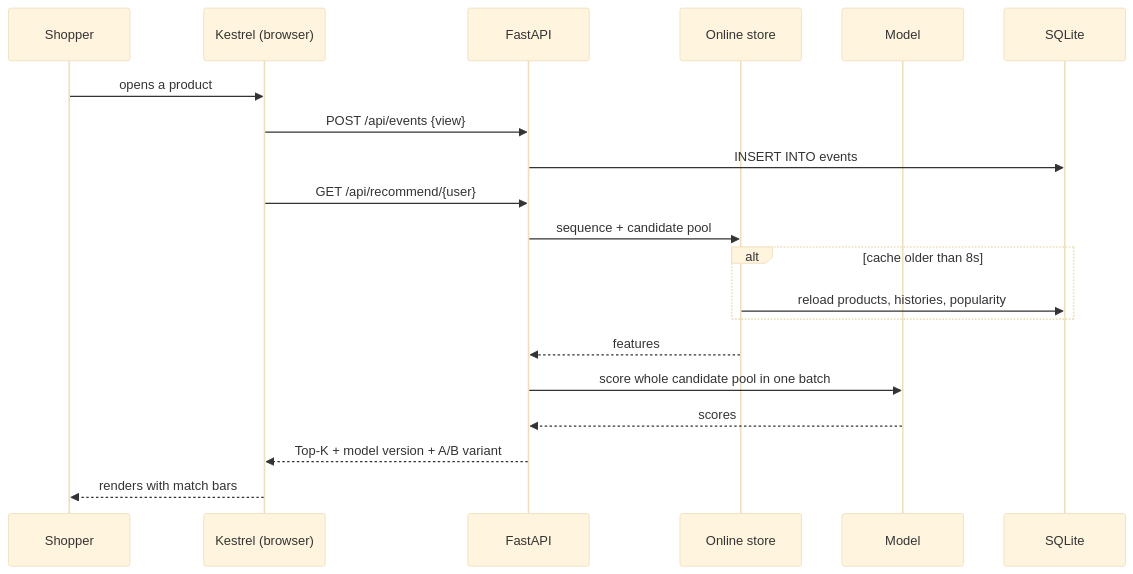
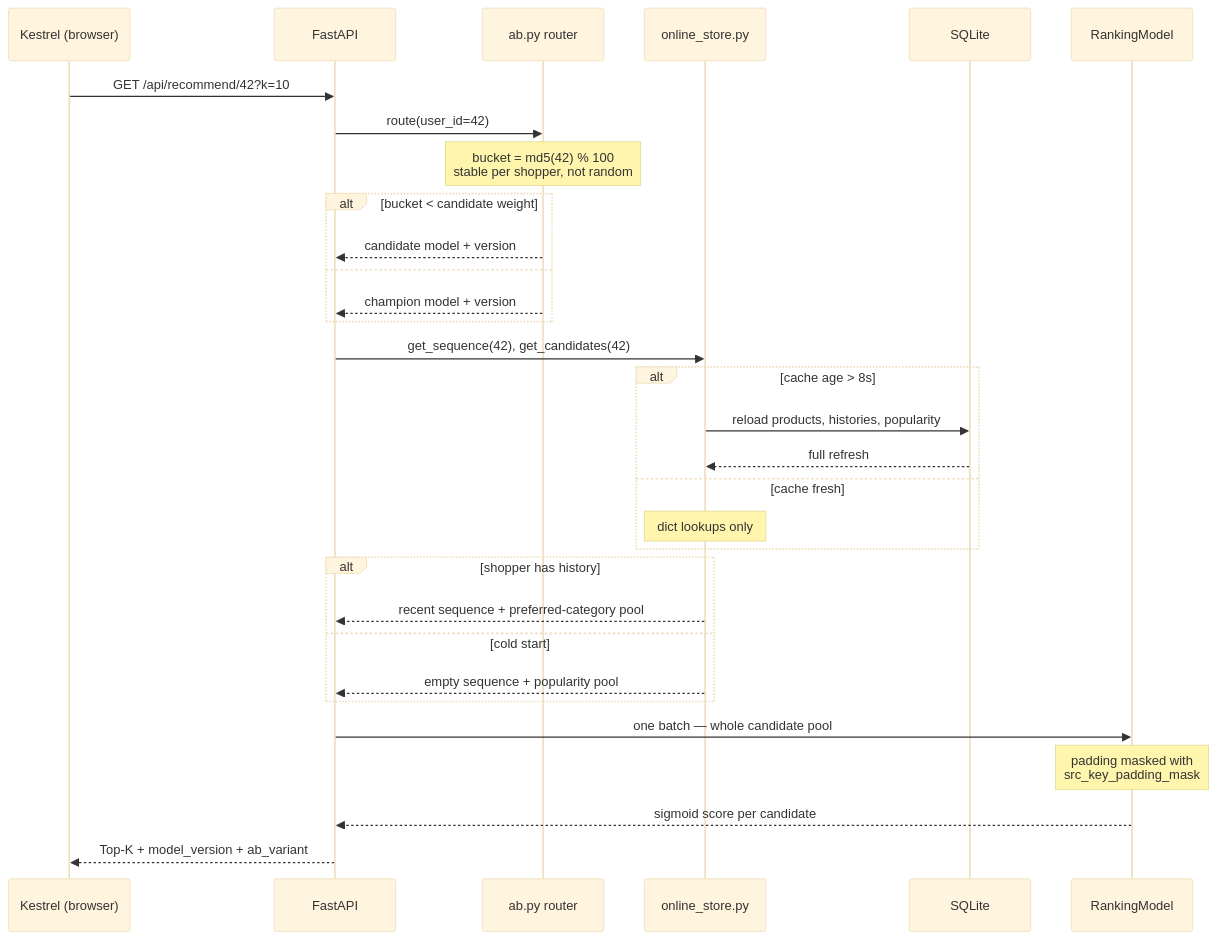
Before and after one commit to dzyuu1612/ecommerce-product-recommender: the third of 6 diagrams in docs/ARCHITECTURE.md, drawn with Mermaid (base theme). The commit also changed other lines of this file and 4 other files, not shown here.

First line of the commit message:
Document the authorization model, and redraw the diagrams to show mechanism

````diff
--- a/docs/ARCHITECTURE.md
+++ b/docs/ARCHITECTURE.md
@@ -126,23 +129,37 @@
 ```mermaid
 sequenceDiagram
-    participant U as Shopper
     participant W as Kestrel (browser)
     participant A as FastAPI
-    participant S as Online store
-    participant M as Model
+    participant R as ab.py router
+    participant S as online_store.py
     participant D as SQLite
+    participant M as RankingModel
 
-    U->>W: opens a product
-    W->>A: POST /api/events {view}
-    A->>D: INSERT INTO events
-    W->>A: GET /api/recommend/{user}
-    A->>S: sequence + candidate pool
-    alt cache older than 8s
+    W->>A: GET /api/recommend/42?k=10
+
+    A->>R: route(user_id=42)
+    Note over R: bucket = md5(42) % 100<br/>stable per shopper, not random
+    alt bucket < candidate weight
+        R-->>A: candidate model + version
+    else
+        R-->>A: champion model + version
+    end
+
+    A->>S: get_sequence(42), get_candidates(42)
+    alt cache age > 8s
         S->>D: reload products, histories, popularity
+        D-->>S: full refresh
+    else cache fresh
+        Note over S: dict lookups only
     end
-    S-->>A: features
-    A->>M: score whole candidate pool in one batch
-    M-->>A: scores
-    A-->>W: Top-K + model version + A/B variant
-    W-->>U: renders with match bars
+    alt shopper has history
+        S-->>A: recent sequence + preferred-category pool
+    else cold start
+        S-->>A: empty sequence + popularity pool
+    end
+
+    A->>M: one batch — whole candidate pool
+    Note over M: padding masked with<br/>src_key_padding_mask
+    M-->>A: sigmoid score per candidate
+    A-->>W: Top-K + model_version + ab_variant
 ```
````
